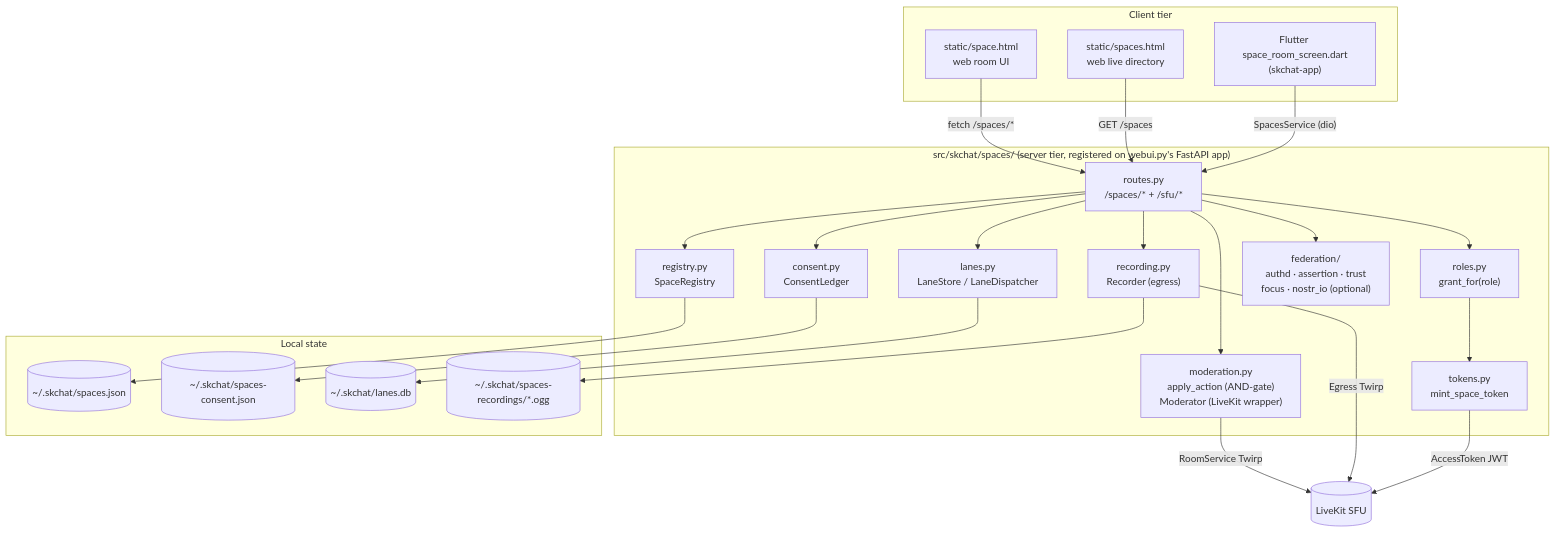
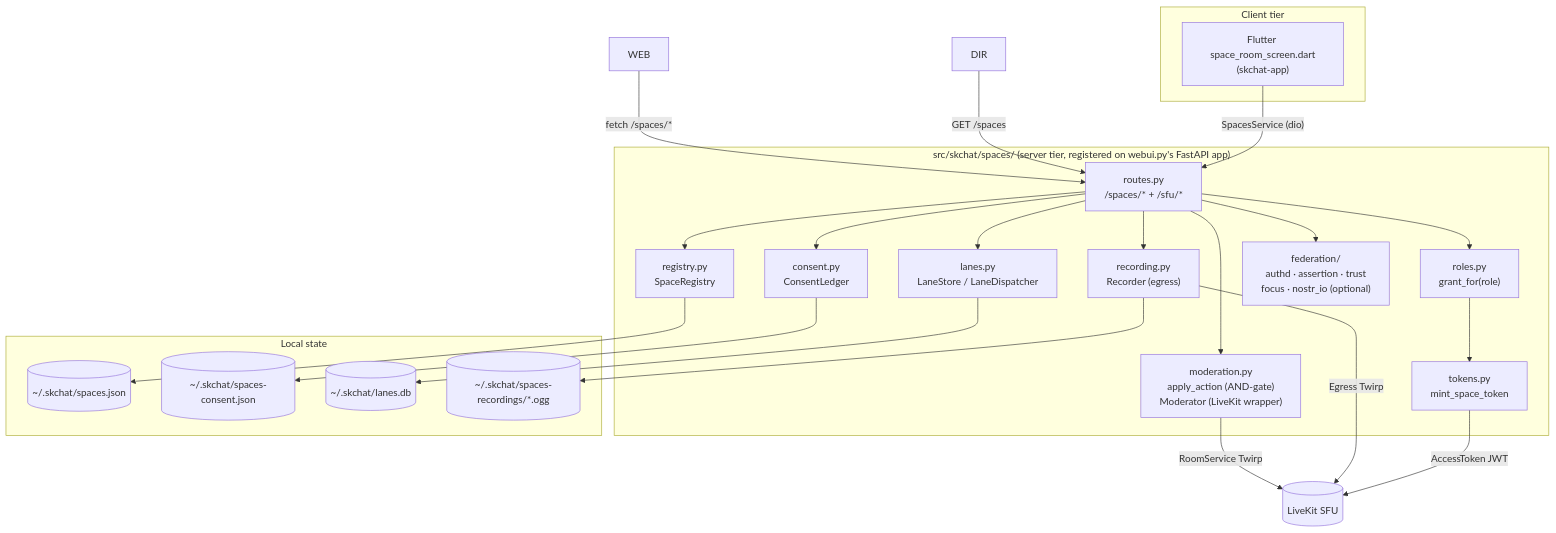
Before and after one commit to smilinTux/skchat: the second of 10 diagrams in docs/SPACES.md, drawn with Mermaid. The commit also changed other lines of this file and 3 other files, not shown here.

First line of the commit message:
refactor(spaces): delete the legacy directory page too, and the docs describing both

````diff
--- a/docs/SPACES.md
+++ b/docs/SPACES.md
@@ -60,41 +59,39 @@
 ```mermaid
 flowchart TD
     subgraph clients["Client tier"]
-      WEB["static/space.html<br/>web room UI"]
-      DIR["static/spaces.html<br/>web live directory"]
       APP["Flutter space_room_screen.dart<br/>(skchat-app)"]
     end
 
     subgraph server["src/skchat/spaces/ (server tier, registered on webui.py's FastAPI app)"]
       ROUTES["routes.py<br/>/spaces/* + /sfu/*"]
       REG["registry.py<br/>SpaceRegistry"]
       ROLES["roles.py<br/>grant_for(role)"]
       TOK["tokens.py<br/>mint_space_token"]
       MOD["moderation.py<br/>apply_action (AND-gate)<br/>Moderator (LiveKit wrapper)"]
       REC["recording.py<br/>Recorder (egress)"]
       CONSENT["consent.py<br/>ConsentLedger"]
       LANES["lanes.py<br/>LaneStore / LaneDispatcher"]
       FED["federation/<br/>authd · assertion · trust<br/>focus · nostr_io (optional)"]
     end
 
     subgraph datastores["Local state"]
       SJSON[("~/.skchat/spaces.json")]
       CJSON[("~/.skchat/spaces-consent.json")]
       LDB[("~/.skchat/lanes.db")]
       RFILE[("~/.skchat/spaces-recordings/*.ogg")]
     end
 
     WEB -->|"fetch /spaces/*"| ROUTES
     DIR -->|"GET /spaces"| ROUTES
     APP -->|"SpacesService (dio)"| ROUTES
     ROUTES --> REG --> SJSON
     ROUTES --> ROLES --> TOK
     ROUTES --> MOD
     ROUTES --> REC --> RFILE
     ROUTES --> CONSENT --> CJSON
     ROUTES --> LANES --> LDB
     ROUTES --> FED
     MOD -->|"RoomService Twirp"| LK[("LiveKit SFU")]
     REC -->|"Egress Twirp"| LK
     TOK -->|"AccessToken JWT"| LK
 ```
````
